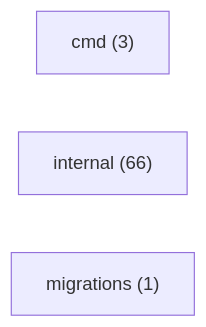
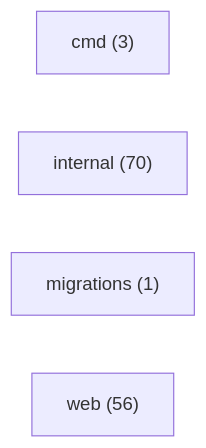
One commit to mauriciomiwa/ominicore-service changed the diagram in DOC/System/mapa/inventario.md. Above: the diagram before and after it, drawn with Mermaid. The commit also changed other lines of this file and 212 other files, not shown here.

````diff
--- a/DOC/System/mapa/inventario.md
+++ b/DOC/System/mapa/inventario.md
@@ -14,6 +16,7 @@
 ```mermaid
 graph LR
   cmd["cmd (3)"]
-  internal["internal (66)"]
+  internal["internal (70)"]
   migrations["migrations (1)"]
+  web["web (56)"]
 ```
````
